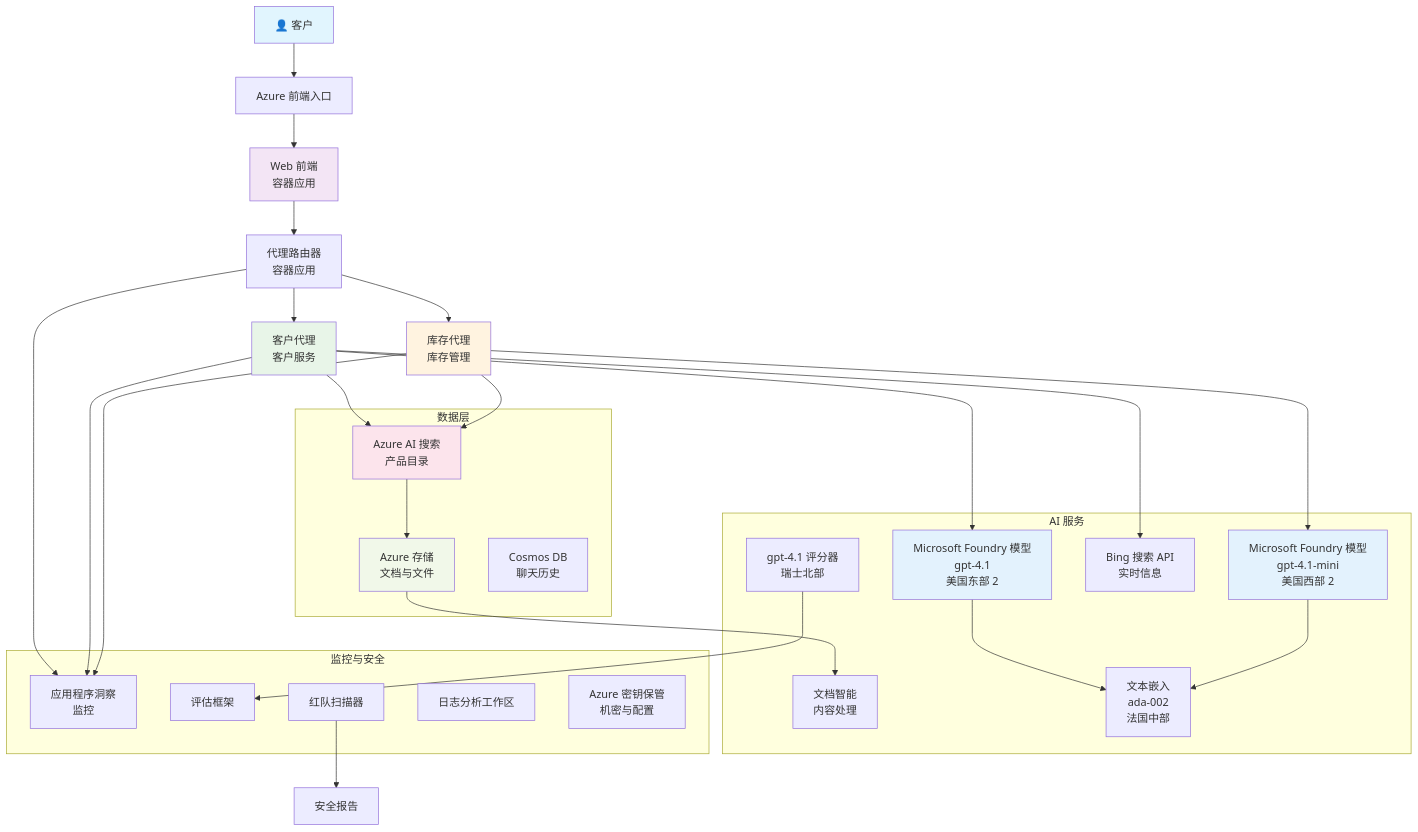
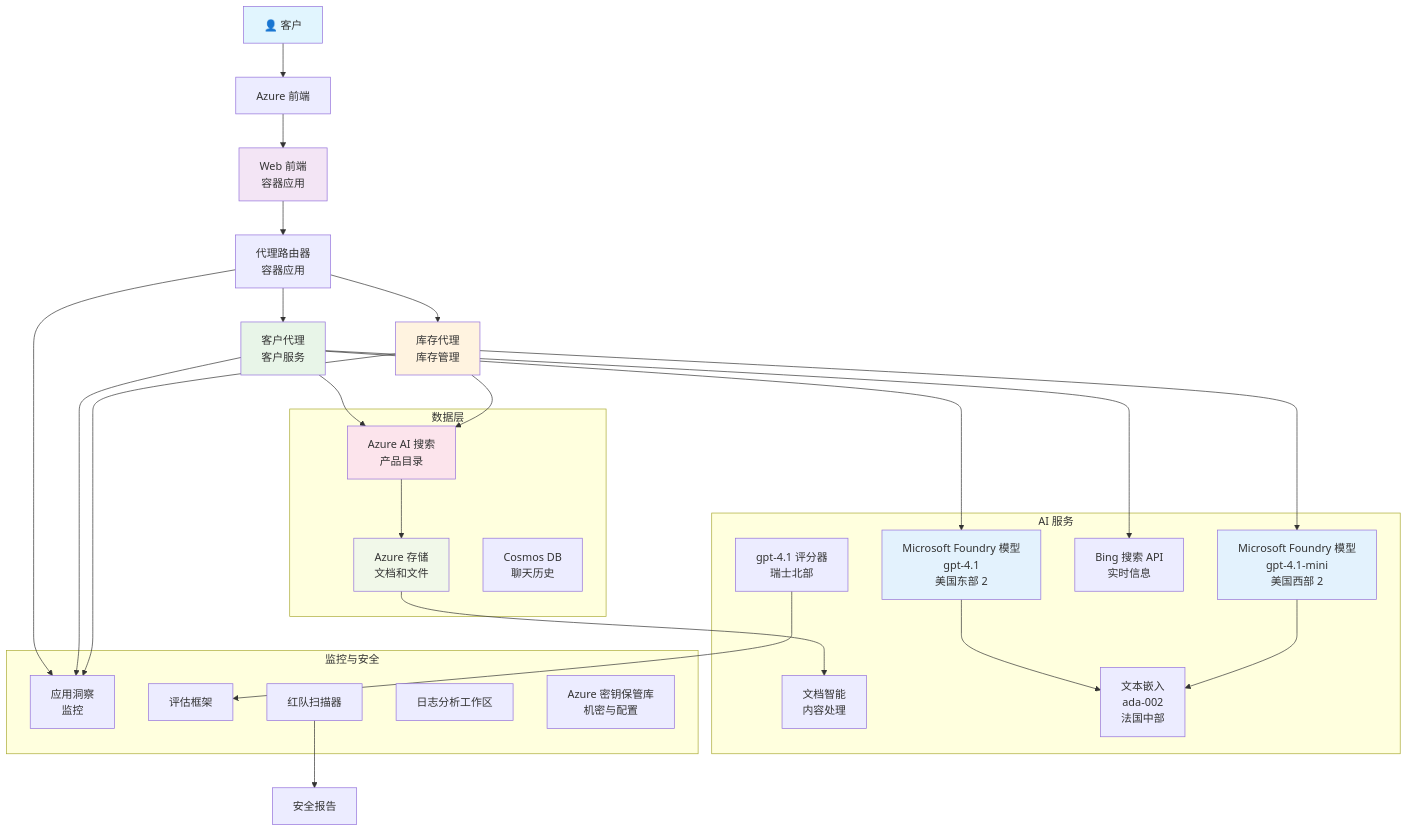
One commit to microsoft/AZD-for-beginners changed the diagram in translations/zh-CN/examples/retail-scenario.md. Above: the diagram before and after it, drawn with Mermaid. The commit also changed other lines of this file and 104 other files, not shown here.

````diff
--- a/translations/zh-CN/examples/retail-scenario.md
+++ b/translations/zh-CN/examples/retail-scenario.md
@@ -139,61 +139,61 @@
 ```mermaid
 graph TB
-    User[👤 客户] --> LB[Azure 前端入口]
+    User[👤 客户] --> LB[Azure 前端]
     LB --> WebApp[Web 前端<br/>容器应用]
     
     WebApp --> Router[代理路由器<br/>容器应用]
     Router --> CustomerAgent[客户代理<br/>客户服务]
     Router --> InvAgent[库存代理<br/>库存管理]
     
     CustomerAgent --> OpenAI1[Microsoft Foundry 模型<br/>gpt-4.1<br/>美国东部 2]
     InvAgent --> OpenAI2[Microsoft Foundry 模型<br/>gpt-4.1-mini<br/>美国西部 2]
     
     CustomerAgent --> AISearch[Azure AI 搜索<br/>产品目录]
     CustomerAgent --> BingSearch[Bing 搜索 API<br/>实时信息]
     InvAgent --> AISearch
     
-    AISearch --> Storage[Azure 存储<br/>文档与文件]
+    AISearch --> Storage[Azure 存储<br/>文档和文件]
     Storage --> DocIntel[文档智能<br/>内容处理]
     
     OpenAI1 --> Embeddings[文本嵌入<br/>ada-002<br/>法国中部]
     OpenAI2 --> Embeddings
     
-    Router --> AppInsights[应用程序洞察<br/>监控]
+    Router --> AppInsights[应用洞察<br/>监控]
     CustomerAgent --> AppInsights
     InvAgent --> AppInsights
     
     GraderModel[gpt-4.1 评分器<br/>瑞士北部] --> Evaluation[评估框架]
     RedTeam[红队扫描器] --> SecurityReports[安全报告]
     
     subgraph "数据层"
         Storage
         AISearch
         CosmosDB[Cosmos DB<br/>聊天历史]
     end
     
     subgraph "AI 服务"
         OpenAI1
         OpenAI2
         Embeddings
         GraderModel
         DocIntel
         BingSearch
     end
     
     subgraph "监控与安全"
         AppInsights
         LogAnalytics[日志分析工作区]
-        KeyVault[Azure 密钥保管<br/>机密与配置]
+        KeyVault[Azure 密钥保管库<br/>机密与配置]
         RedTeam
         Evaluation
     end
     
     style User fill:#e1f5fe
     style WebApp fill:#f3e5f5
     style CustomerAgent fill:#e8f5e8
     style InvAgent fill:#fff3e0
     style OpenAI1 fill:#e3f2fd
     style OpenAI2 fill:#e3f2fd
     style AISearch fill:#fce4ec
     style Storage fill:#f1f8e9
 ```
````
